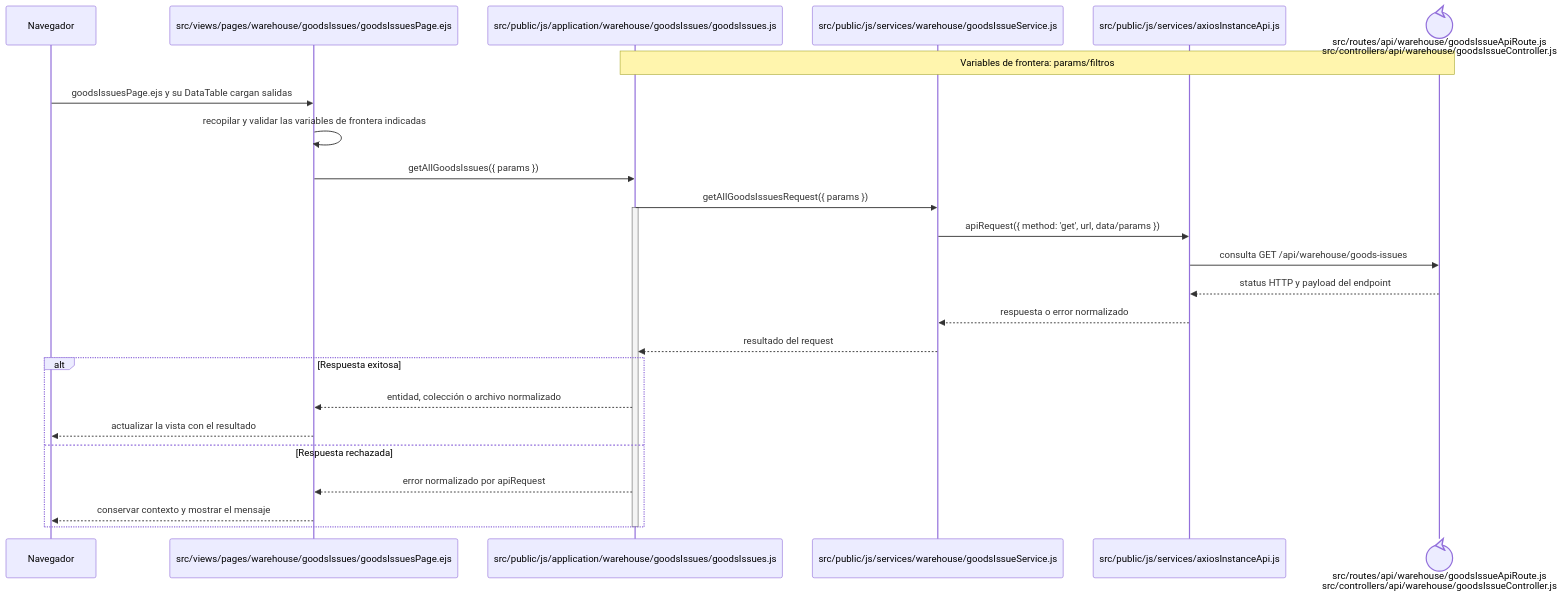
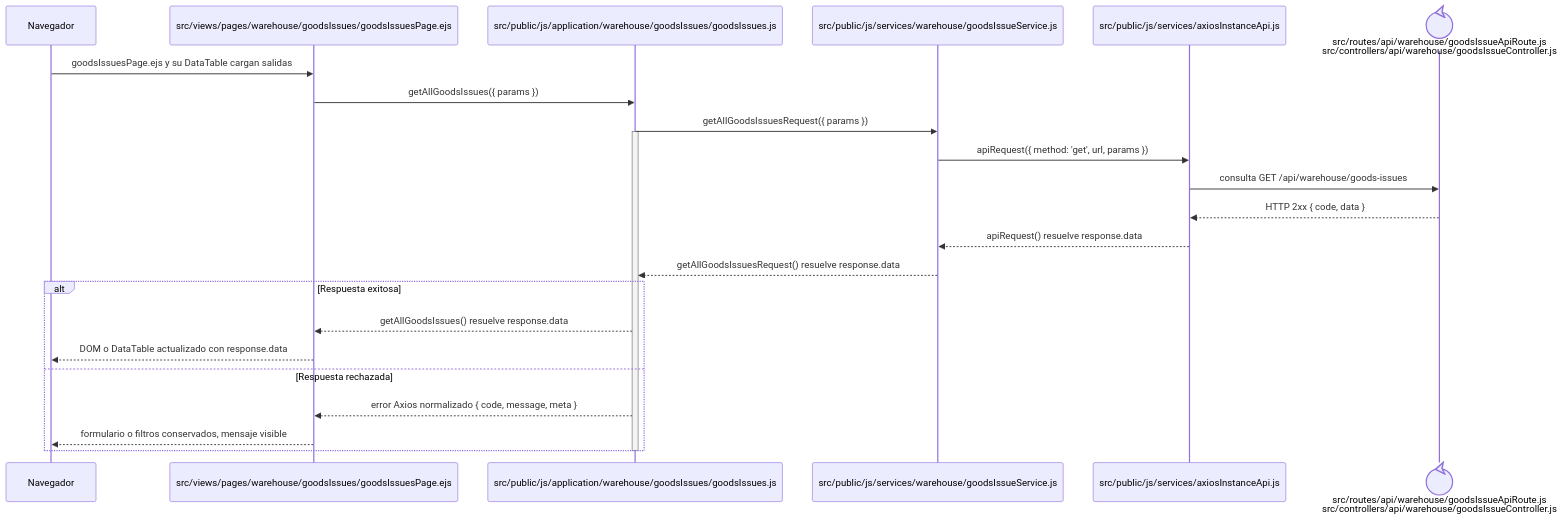
One commit to gpgsistemas01/nexus changed the diagram in docs/architecture/frontend-code-sequences/issues/cu-sal-01.md. Above: the diagram before and after it, drawn with Mermaid. The commit also changed 148 other files, not shown here.

````diff
--- a/docs/architecture/frontend-code-sequences/issues/cu-sal-01.md
+++ b/docs/architecture/frontend-code-sequences/issues/cu-sal-01.md
@@ -6,29 +6,27 @@
 ```mermaid
 sequenceDiagram
     participant Browser as Navegador
     participant View as src/views/pages/warehouse/goodsIssues/goodsIssuesPage.ejs
     participant Application as src/public/js/application/warehouse/goodsIssues/goodsIssues.js
     participant Request as src/public/js/services/warehouse/goodsIssueService.js
     participant HTTP as src/public/js/services/axiosInstanceApi.js
     participant Transport@{ "type": "control" } as src/routes/api/warehouse/goodsIssueApiRoute.js<br/>src/controllers/api/warehouse/goodsIssueController.js
-    Note over Application,Transport: Variables de frontera: params/filtros
 
     Browser->>View: goodsIssuesPage.ejs y su DataTable cargan salidas
-    View->>View: recopilar y validar las variables de frontera indicadas
     View->>Application: getAllGoodsIssues({ params })
     Application->>Request: getAllGoodsIssuesRequest({ params })
     activate Application
-    Request->>HTTP: apiRequest({ method: 'get', url, data/params })
+    Request->>HTTP: apiRequest({ method: 'get', url, params })
     HTTP->>Transport: consulta GET /api/warehouse/goods-issues
-    Transport-->>HTTP: status HTTP y payload del endpoint
-    HTTP-->>Request: respuesta o error normalizado
-    Request-->>Application: resultado del request
+    Transport-->>HTTP: HTTP 2xx { code, data }
+    HTTP-->>Request: apiRequest() resuelve response.data
+    Request-->>Application: getAllGoodsIssuesRequest() resuelve response.data
     alt Respuesta exitosa
-        Application-->>View: entidad, colección o archivo normalizado
-        View-->>Browser: actualizar la vista con el resultado
+        Application-->>View: getAllGoodsIssues() resuelve response.data
+        View-->>Browser: DOM o DataTable actualizado con response.data
     else Respuesta rechazada
-        Application-->>View: error normalizado por apiRequest
-        View-->>Browser: conservar contexto y mostrar el mensaje
+        Application-->>View: error Axios normalizado { code, message, meta }
+        View-->>Browser: formulario o filtros conservados, mensaje visible
     end
     deactivate Application
 ```
````
